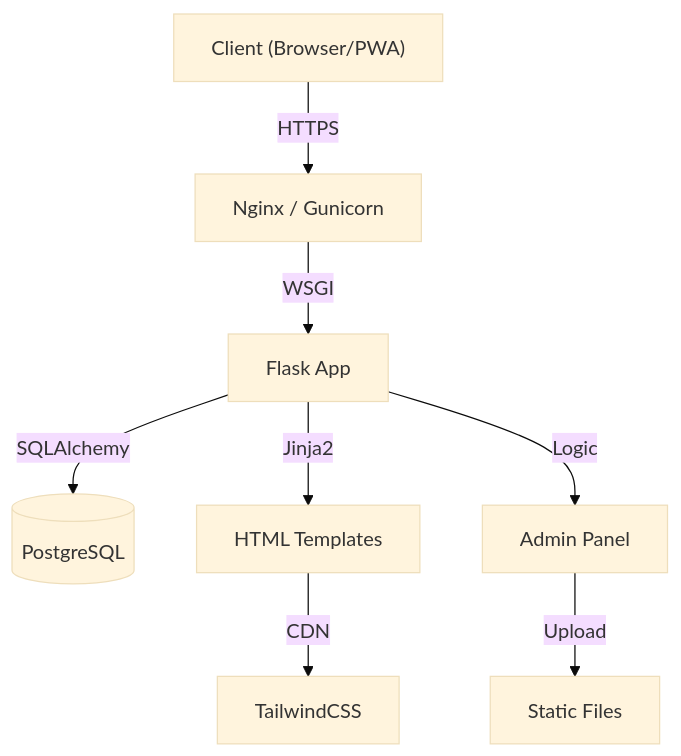
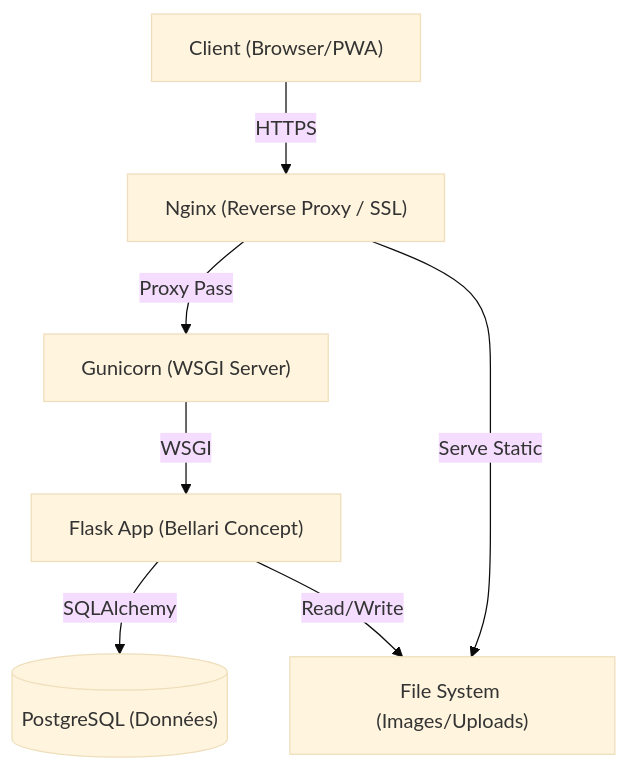
One commit to moa-digitalagency/BellariConcept changed the diagram in README.md. Above: the diagram before and after it, drawn with Mermaid (base theme). The commit also changed other lines of this file and 7 other files, not shown here.

````diff
--- a/README.md
+++ b/README.md
@@ -90,10 +24,16 @@
 ```mermaid
 graph TD
-    Client["Client (Browser/PWA)"] -->|"HTTPS"| Nginx["Nginx / Gunicorn"]
-    Nginx -->|"WSGI"| Flask["Flask App"]
-    Flask -->|"SQLAlchemy"| DB[("PostgreSQL")]
-    Flask -->|"Jinja2"| Templates["HTML Templates"]
-    Templates -->|"CDN"| Tailwind["TailwindCSS"]
-    Flask -->|"Logic"| Admin["Admin Panel"]
-    Admin -->|"Upload"| Uploads["Static Files"]
+    User["Client (Browser/PWA)"]
+    Nginx["Nginx (Reverse Proxy / SSL)"]
+    Gunicorn["Gunicorn (WSGI Server)"]
+    Flask["Flask App (Bellari Concept)"]
+    DB[("PostgreSQL (Données)")]
+    FS["File System (Images/Uploads)"]
+
+    User -->|HTTPS| Nginx
+    Nginx -->|Proxy Pass| Gunicorn
+    Nginx -->|Serve Static| FS
+    Gunicorn -->|WSGI| Flask
+    Flask -->|SQLAlchemy| DB
+    Flask -->|Read/Write| FS
 ```
````
